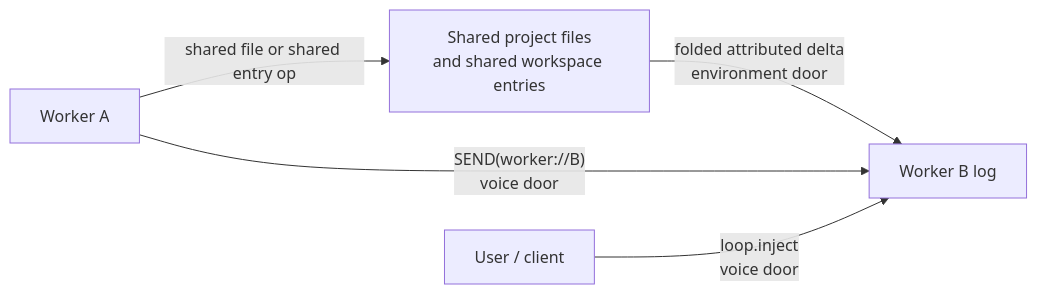
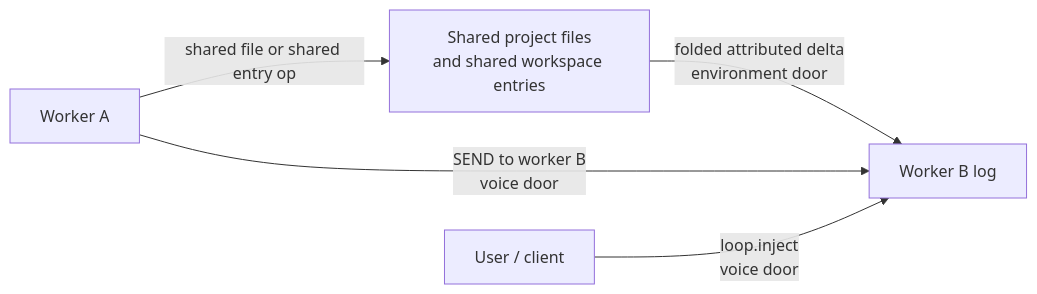
Before and after one commit to plurnk/plurnk-service: the fourth of 18 diagrams in plurnk-core/SPEC.md, drawn with Mermaid. The commit also changed other lines of this file and 204 other files, not shown here.

````diff
--- a/plurnk-core/SPEC.md
+++ b/plurnk-core/SPEC.md
@@ -229,7 +229,7 @@
 ```mermaid
 flowchart LR
     actor["Worker A"] -->|"shared file or shared entry op"| state["Shared project files<br/>and shared workspace entries"]
     state -->|"folded attributed delta<br/>environment door"| log["Worker B log"]
-    actor -->|"SEND(worker://B)<br/>voice door"| log
+    actor -->|"SEND to worker B<br/>voice door"| log
     client["User / client"] -->|"loop.inject<br/>voice door"| log
 ```
````
